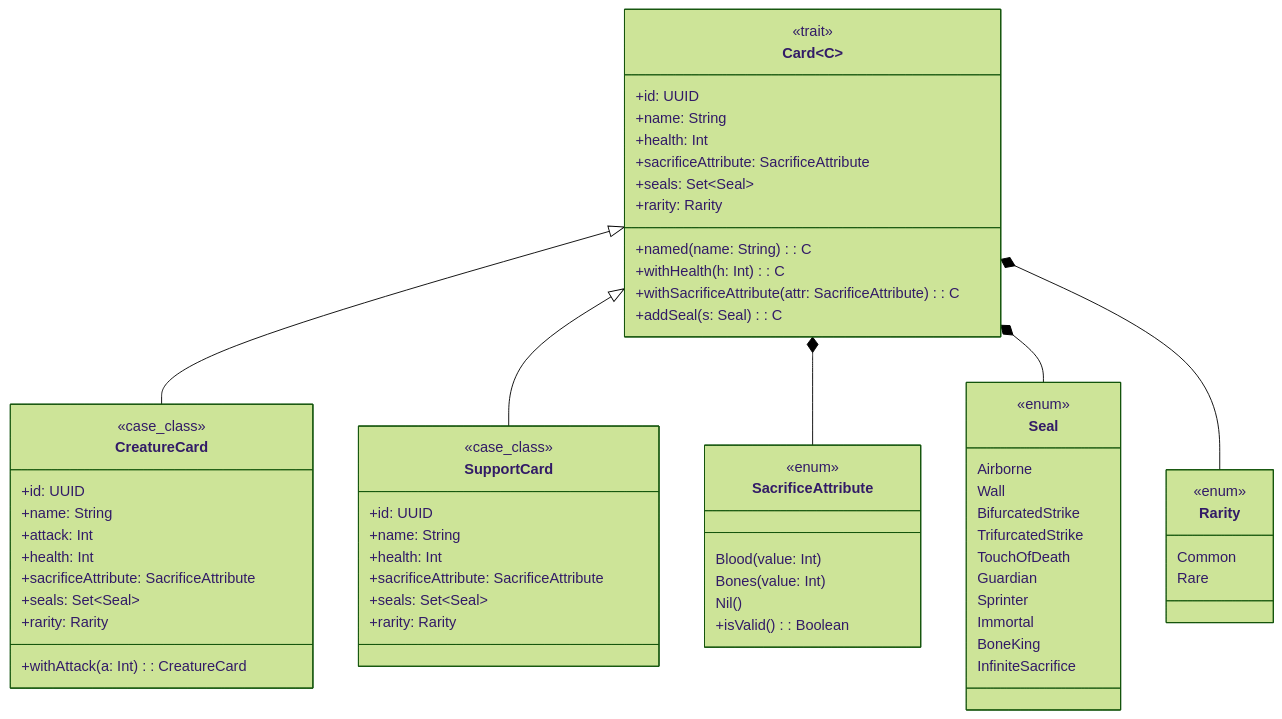
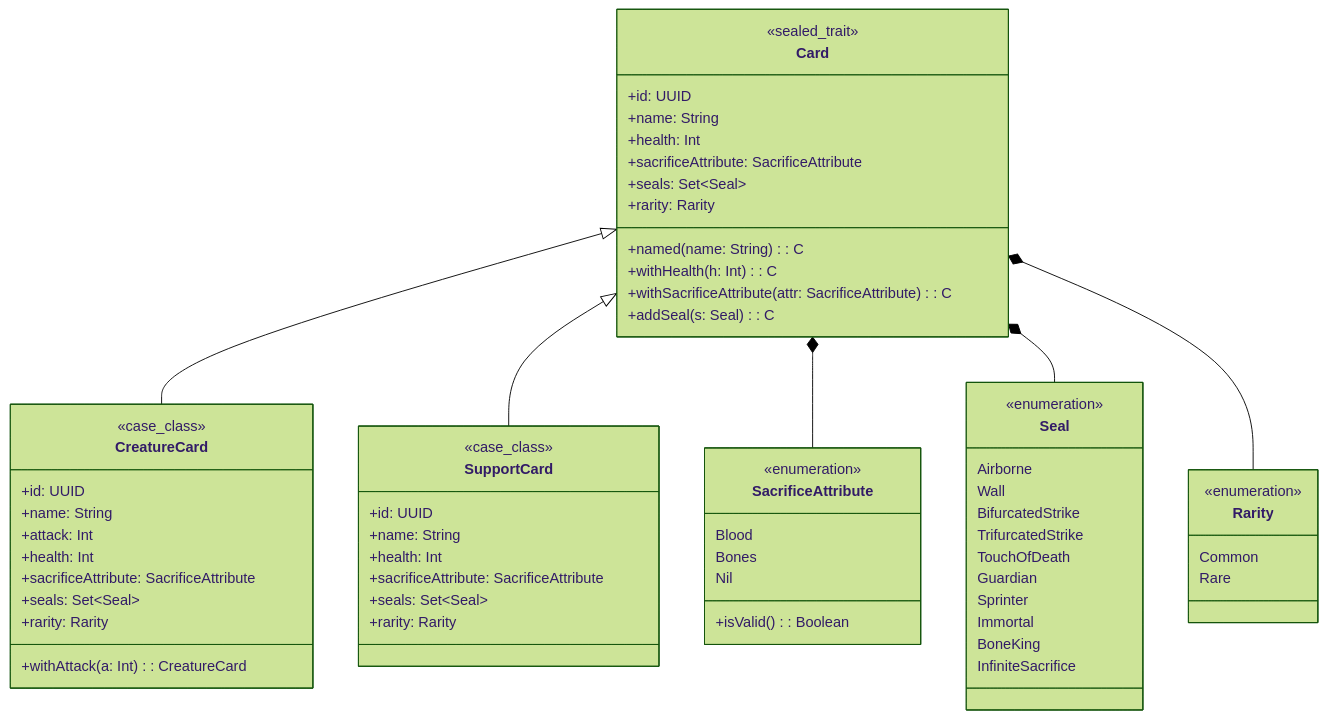
The diagram in docs/Design di dettaglio/card.md (GiuseppeGambacorta/PPS-25-SCRYPTION), drawn with Mermaid (forest theme) before and after one commit. The commit also changed other lines of this file, not shown here.

Commit message:
test diagram

````diff
--- a/docs/Design di dettaglio/card.md
+++ b/docs/Design di dettaglio/card.md
@@ -16,75 +17,72 @@
-```mermaid
+<pre class="mermaid">
 classDiagram
-    class Card~C~ {
-        <<trait>>
+    class Card {
+        <<sealed_trait>>
         +id: UUID
         +name: String
         +health: Int
         +sacrificeAttribute: SacrificeAttribute
         +seals: Set~Seal~
         +rarity: Rarity
         +named(name: String): C
         +withHealth(h: Int): C
         +withSacrificeAttribute(attr: SacrificeAttribute): C
         +addSeal(s: Seal): C
-        
     }
 
     class CreatureCard {
         <<case_class>>
         +id: UUID
         +name: String
         +attack: Int
         +health: Int
         +sacrificeAttribute: SacrificeAttribute
         +seals: Set~Seal~
         +rarity: Rarity
         +withAttack(a: Int): CreatureCard
-        
     }
 
     class SupportCard {
         <<case_class>>
         +id: UUID
         +name: String
         +health: Int
         +sacrificeAttribute: SacrificeAttribute
         +seals: Set~Seal~
         +rarity: Rarity
-        
     }
 
     class SacrificeAttribute {
-        <<enum>>
-        Blood(value: Int)
-        Bones(value: Int)
-        Nil()
+        <<enumeration>>
+        Blood
+        Bones
+        Nil
         +isValid(): Boolean
     }
 
     class Seal {
-        <<enum>>
+        <<enumeration>>
         Airborne
         Wall
         BifurcatedStrike
         TrifurcatedStrike
         TouchOfDeath
         Guardian
         Sprinter
         Immortal
         BoneKing
         InfiniteSacrifice
     }
     
     class Rarity {
-        <<enum>>
+        <<enumeration>>
         Common
         Rare
     }
 
     Card <|-- CreatureCard
     Card <|-- SupportCard
     Card *-- SacrificeAttribute
     Card *-- Seal
     Card *-- Rarity
-```
+</pre>
````
